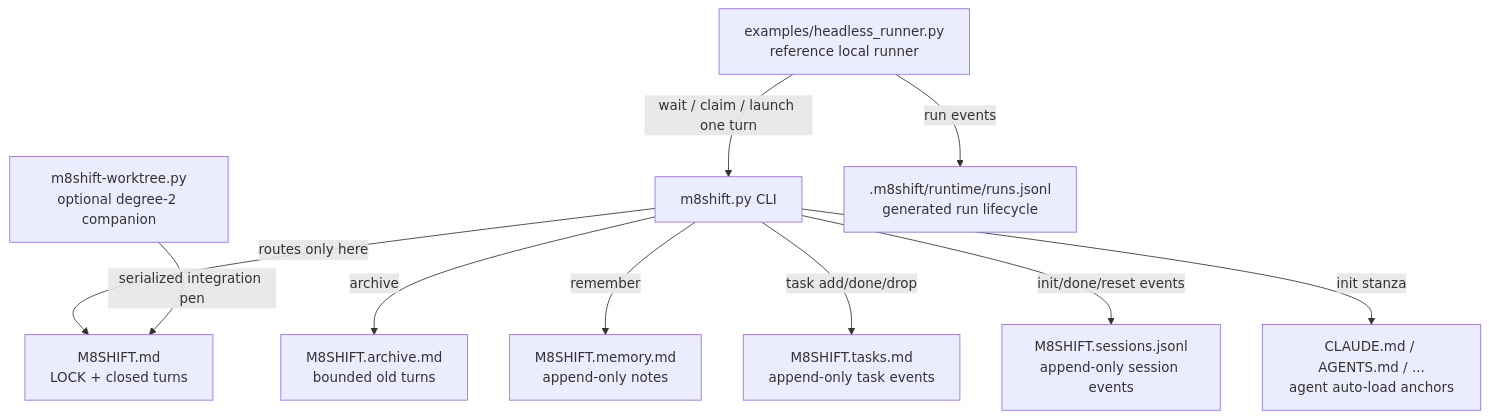
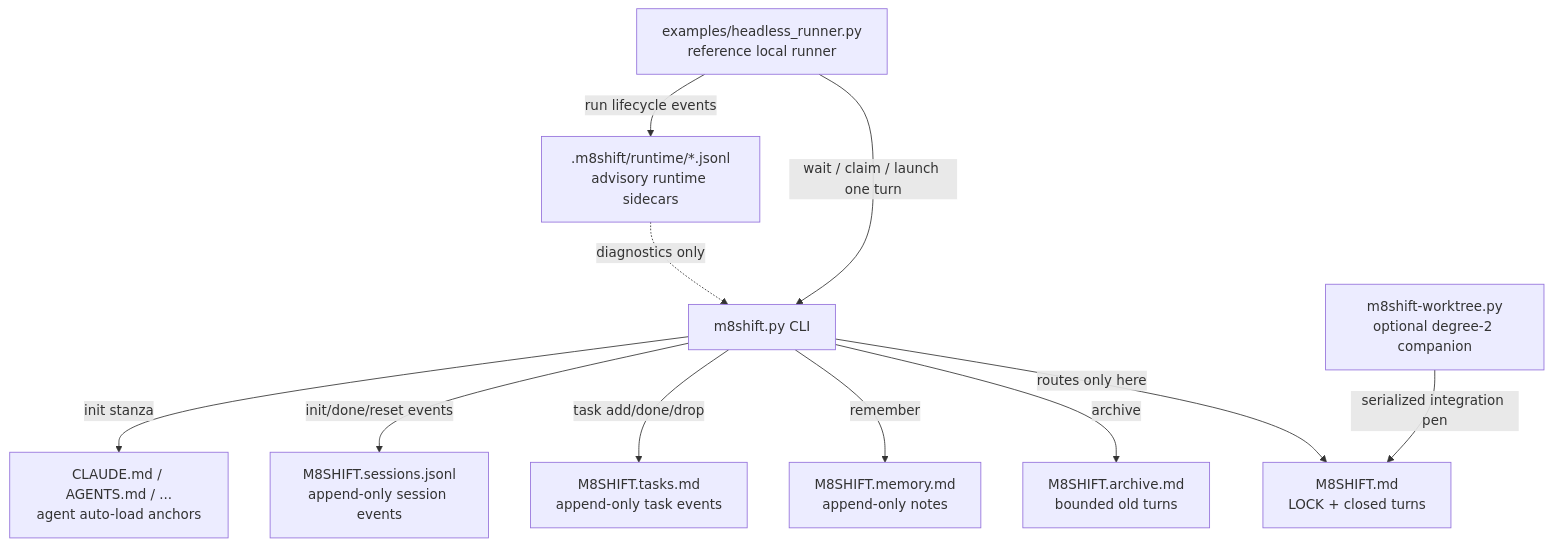
Before and after one commit to M8Shift/M8Shift: the second of 3 diagrams in docs/en/specification.md, drawn with Mermaid. The commit also changed other lines of this file and 11 other files, not shown here.

````diff
--- a/docs/en/specification.md
+++ b/docs/en/specification.md
@@ -127,23 +127,24 @@
 ```mermaid
 flowchart TD
     CLI["m8shift.py CLI"]
     Lock["M8SHIFT.md<br/>LOCK + closed turns"]
     Archive["M8SHIFT.archive.md<br/>bounded old turns"]
     Memory["M8SHIFT.memory.md<br/>append-only notes"]
     Tasks["M8SHIFT.tasks.md<br/>append-only task events"]
     Sessions["M8SHIFT.sessions.jsonl<br/>append-only session events"]
     Anchors["CLAUDE.md / AGENTS.md / ...<br/>agent auto-load anchors"]
     Companion["m8shift-worktree.py<br/>optional degree-2 companion"]
     Runner["examples/headless_runner.py<br/>reference local runner"]
-    Runtime[".m8shift/runtime/runs.jsonl<br/>generated run lifecycle"]
+    Runtime[".m8shift/runtime/*.jsonl<br/>advisory runtime sidecars"]
 
     CLI -->|routes only here| Lock
     CLI -->|archive| Archive
     CLI -->|remember| Memory
     CLI -->|task add/done/drop| Tasks
     CLI -->|init/done/reset events| Sessions
     CLI -->|init stanza| Anchors
     Companion -->|serialized integration pen| Lock
     Runner -->|wait / claim / launch one turn| CLI
-    Runner -->|run events| Runtime
+    Runner -->|run lifecycle events| Runtime
+    Runtime -.->|diagnostics only| CLI
 ```
````
